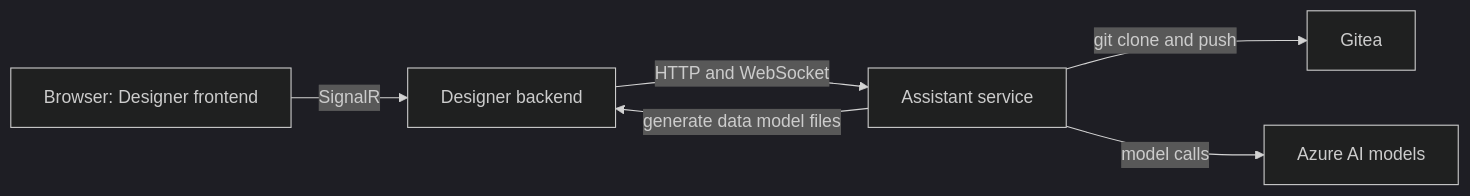
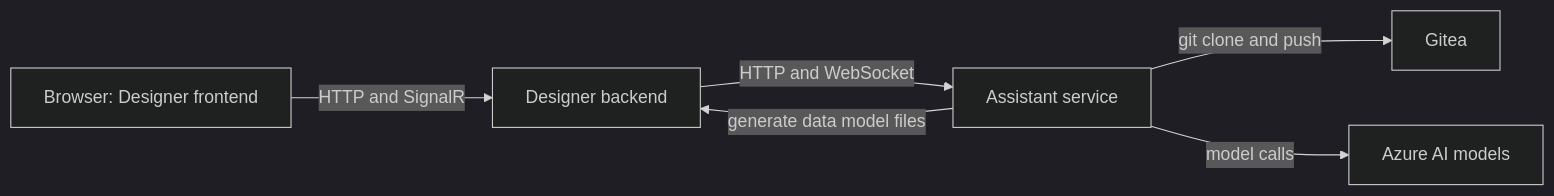
One commit to Altinn/altinn-studio changed the first of 10 diagrams in src/AI/assistant/docs/2-system-context.md. Above: the diagram before and after it, drawn with Mermaid (dark theme). The commit also changed other lines of this file and 37 other files, not shown here.

````diff
--- a/src/AI/assistant/docs/2-system-context.md
+++ b/src/AI/assistant/docs/2-system-context.md
@@ -14,8 +15,8 @@
 ```mermaid
 flowchart LR
-  B["Browser: Designer frontend"] -->|SignalR| D["Designer backend"]
+  B["Browser: Designer frontend"] -->|HTTP and SignalR| D["Designer backend"]
   D -->|HTTP and WebSocket| A["Assistant service"]
   A -->|git clone and push| G["Gitea"]
   A -->|generate data model files| D
   A -->|model calls| L["Azure AI models"]
 ```
````
